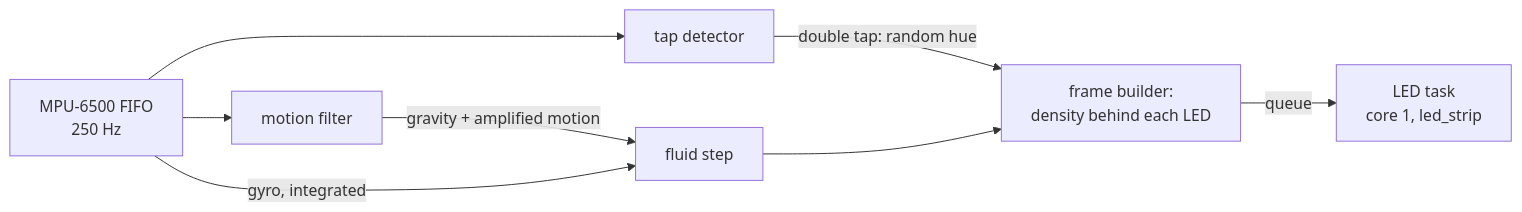
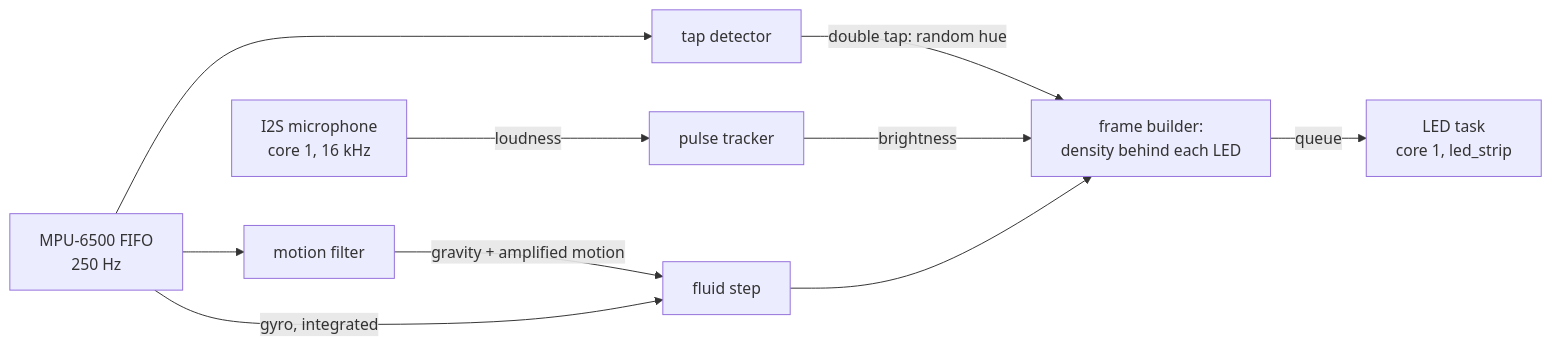
One commit to psytraxx/gravity-cube-espidf changed the second of 2 diagrams in README.md. Above: the diagram before and after it, drawn with Mermaid. The commit also changed other lines of this file and 17 other files, not shown here.

First line of the commit message:
Pulse the brightness with the sound from the I2S microphone

````diff
--- a/README.md
+++ b/README.md
@@ -247,10 +254,12 @@
 ```mermaid
 flowchart LR
     IMU[MPU-6500 FIFO<br/>250 Hz] --> TAP[tap detector]
     IMU --> MF[motion filter]
     TAP -->|double tap: random hue| FB
+    MIC[I2S microphone<br/>core 1, 16 kHz] -->|loudness| PULSE[pulse tracker]
+    PULSE -->|brightness| FB
     MF -->|gravity + amplified motion| FX[fluid step]
     IMU -->|gyro, integrated| FX
     FX --> FB[frame builder:<br/>density behind each LED]
     FB -->|queue| LED[LED task<br/>core 1, led_strip]
 ```
````
